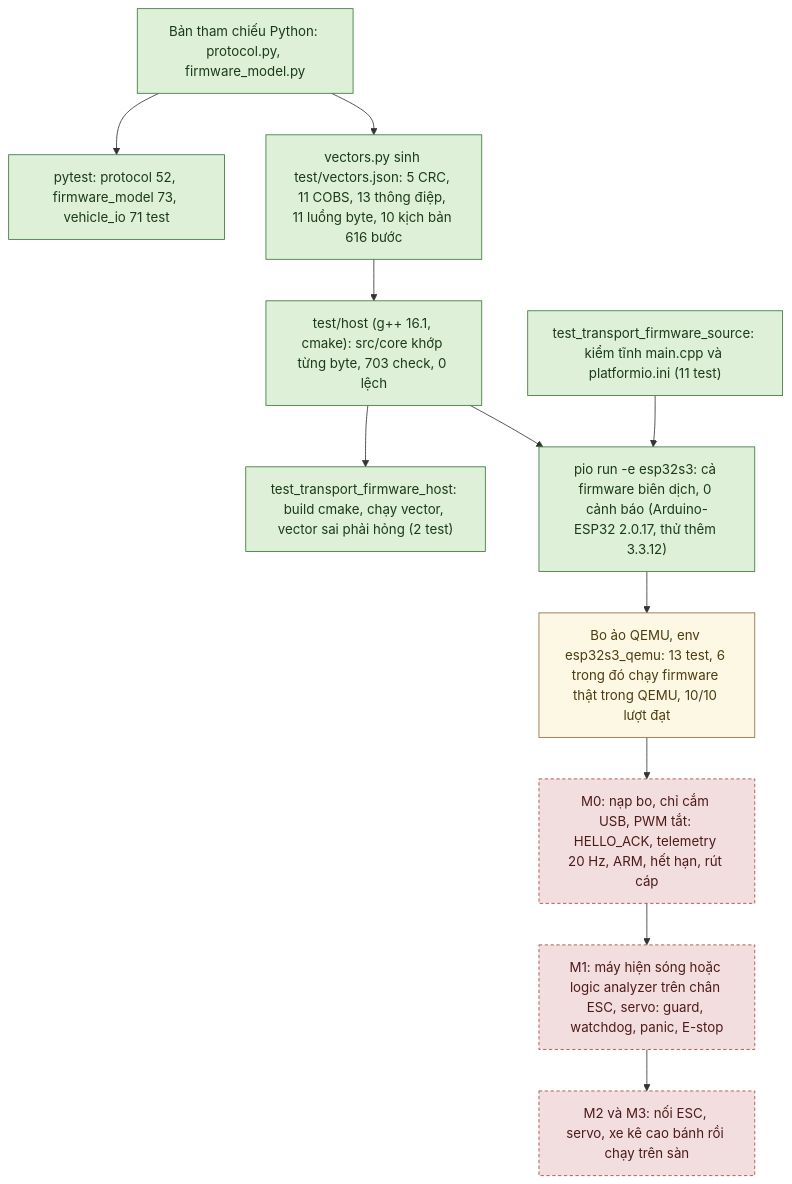
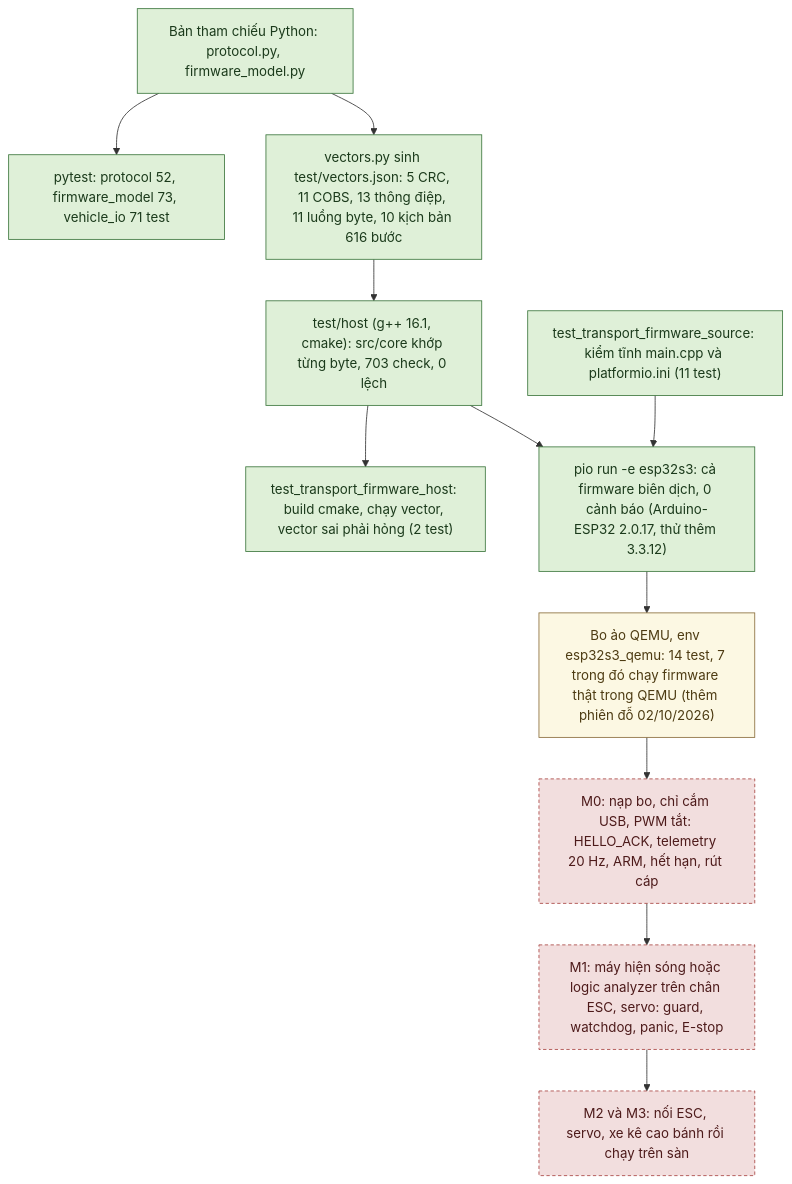
The fourth of 5 diagrams in TONG_HOP_DU_AN.md (thbn12082/autopark), drawn with Mermaid before and after one commit. The commit also changed other lines of this file and 223 other files, not shown here.

````diff
--- a/TONG_HOP_DU_AN.md
+++ b/TONG_HOP_DU_AN.md
@@ -257,24 +265,24 @@
 ```mermaid
 flowchart TD
     PY["Bản tham chiếu Python: protocol.py, firmware_model.py"]
     TP["pytest: protocol 52, firmware_model 73, vehicle_io 71 test"]
     VJ["vectors.py sinh test/vectors.json: 5 CRC, 11 COBS, 13 thông điệp, 11 luồng byte, 10 kịch bản 616 bước"]
     HT["test/host (g++ 16.1, cmake): src/core khớp từng byte, 703 check, 0 lệch"]
     HP["test_transport_firmware_host: build cmake, chạy vector, vector sai phải hỏng (2 test)"]
     SC["test_transport_firmware_source: kiểm tĩnh main.cpp và platformio.ini (11 test)"]
     PB["pio run -e esp32s3: cả firmware biên dịch, 0 cảnh báo (Arduino-ESP32 2.0.17, thử thêm 3.3.12)"]
-    QB["Bo ảo QEMU, env esp32s3_qemu: 13 test, 6 trong đó chạy firmware thật trong QEMU, 10/10 lượt đạt"]
+    QB["Bo ảo QEMU, env esp32s3_qemu: 14 test, 7 trong đó chạy firmware thật trong QEMU (thêm phiên đỗ 02/10/2026)"]
     M0["M0: nạp bo, chỉ cắm USB, PWM tắt: HELLO_ACK, telemetry 20 Hz, ARM, hết hạn, rút cáp"]
     M1["M1: máy hiện sóng hoặc logic analyzer trên chân ESC, servo: guard, watchdog, panic, E-stop"]
     M2["M2 và M3: nối ESC, servo, xe kê cao bánh rồi chạy trên sàn"]
     PY --> TP
     PY --> VJ --> HT --> HP
     SC --> PB
     HT --> PB --> QB --> M0 --> M1 --> M2
     classDef daco fill:#dff0d8,stroke:#3c763d,color:#1b3a1b
     classDef giaLap fill:#fcf8e3,stroke:#8a6d3b,color:#4d3b12
     classDef chuaLam fill:#f2dede,stroke:#a94442,color:#4d1a1a,stroke-dasharray: 4 3
     class PY,TP,VJ,HT,HP,SC,PB daco
     class QB giaLap
     class M0,M1,M2 chuaLam
 ```
````
